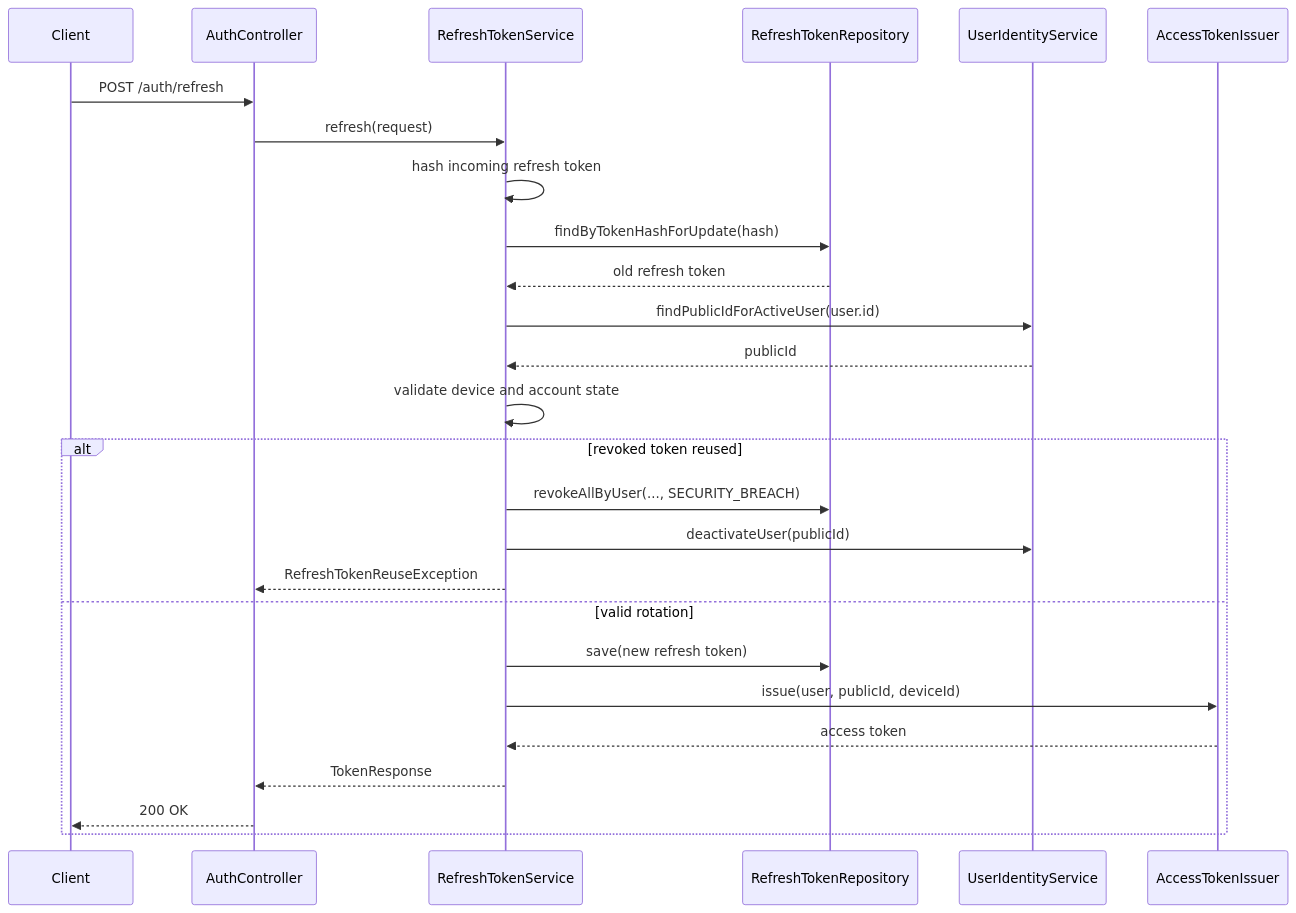
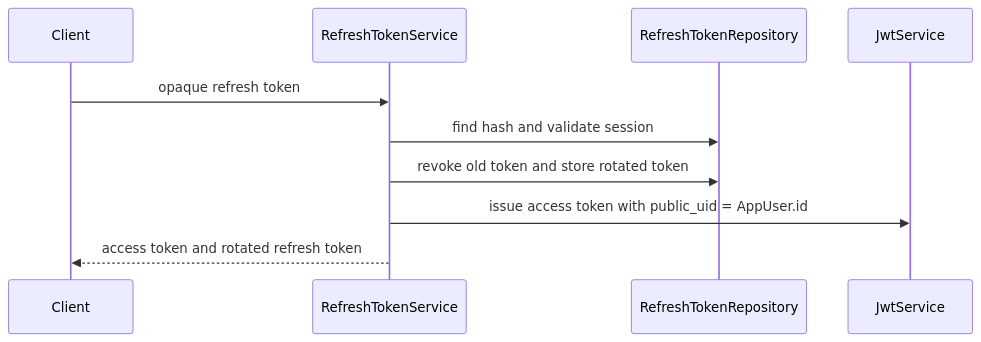
The third of 3 diagrams in documentation/04-identity-uml.md (mohammadAlhajeen/bun_commerce-public), drawn with Mermaid before and after one commit. The commit also changed other lines of this file and 29 other files, not shown here.

````diff
--- a/documentation/04-identity-uml.md
+++ b/documentation/04-identity-uml.md
@@ -175,29 +54,13 @@
 ```mermaid
 sequenceDiagram
     participant Client
-    participant AuthController
     participant RefreshTokenService
     participant RefreshTokenRepository
-    participant UserIdentityService
-    participant AccessTokenIssuer
+    participant JwtService
 
-    Client->>AuthController: POST /auth/refresh
-    AuthController->>RefreshTokenService: refresh(request)
-    RefreshTokenService->>RefreshTokenService: hash incoming refresh token
-    RefreshTokenService->>RefreshTokenRepository: findByTokenHashForUpdate(hash)
-    RefreshTokenRepository-->>RefreshTokenService: old refresh token
-    RefreshTokenService->>UserIdentityService: findPublicIdForActiveUser(user.id)
-    UserIdentityService-->>RefreshTokenService: publicId
-    RefreshTokenService->>RefreshTokenService: validate device and account state
-    alt revoked token reused
-        RefreshTokenService->>RefreshTokenRepository: revokeAllByUser(..., SECURITY_BREACH)
-        RefreshTokenService->>UserIdentityService: deactivateUser(publicId)
-        RefreshTokenService-->>AuthController: RefreshTokenReuseException
-    else valid rotation
-        RefreshTokenService->>RefreshTokenRepository: save(new refresh token)
-        RefreshTokenService->>AccessTokenIssuer: issue(user, publicId, deviceId)
-        AccessTokenIssuer-->>RefreshTokenService: access token
-        RefreshTokenService-->>AuthController: TokenResponse
-        AuthController-->>Client: 200 OK
-    end
+    Client->>RefreshTokenService: opaque refresh token
+    RefreshTokenService->>RefreshTokenRepository: find hash and validate session
+    RefreshTokenService->>RefreshTokenRepository: revoke old token and store rotated token
+    RefreshTokenService->>JwtService: issue access token with public_uid = AppUser.id
+    RefreshTokenService-->>Client: access token and rotated refresh token
 ```
````
